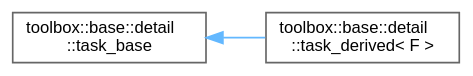
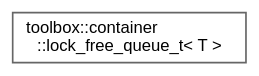
The diagram in inherit_graph_20.dot (nerdneilsfield/cpp-toolbox), drawn with Graphviz before and after one commit. The commit also changed 329 other files, not shown here.

```diff
--- a/inherit_graph_20.dot
+++ b/inherit_graph_20.dot
@@ -1,11 +1,9 @@
 digraph "Graphical Class Hierarchy"
 {
  // LATEX_PDF_SIZE
   bgcolor="transparent";
   edge [fontname=Helvetica,fontsize=10,labelfontname=Helvetica,labelfontsize=10];
   node [fontname=Helvetica,fontsize=10,shape=box,height=0.2,width=0.4];
   rankdir="LR";
-  Node0 [id="Node000000",label="toolbox::base::detail\l::task_base",height=0.2,width=0.4,color="grey40", fillcolor="white", style="filled",URL="$structtoolbox_1_1base_1_1detail_1_1task__base.html",tooltip=" "];
-  Node0 -> Node1 [id="edge32_Node000000_Node000001",dir="back",color="steelblue1",style="solid",tooltip=" "];
-  Node1 [id="Node000001",label="toolbox::base::detail\l::task_derived\< F \>",height=0.2,width=0.4,color="grey40", fillcolor="white", style="filled",URL="$structtoolbox_1_1base_1_1detail_1_1task__derived.html",tooltip=" "];
+  Node0 [id="Node000000",label="toolbox::container\l::lock_free_queue_t\< T \>",height=0.2,width=0.4,color="grey40", fillcolor="white", style="filled",URL="$classtoolbox_1_1container_1_1lock__free__queue__t.html",tooltip=" "];
 }
```
